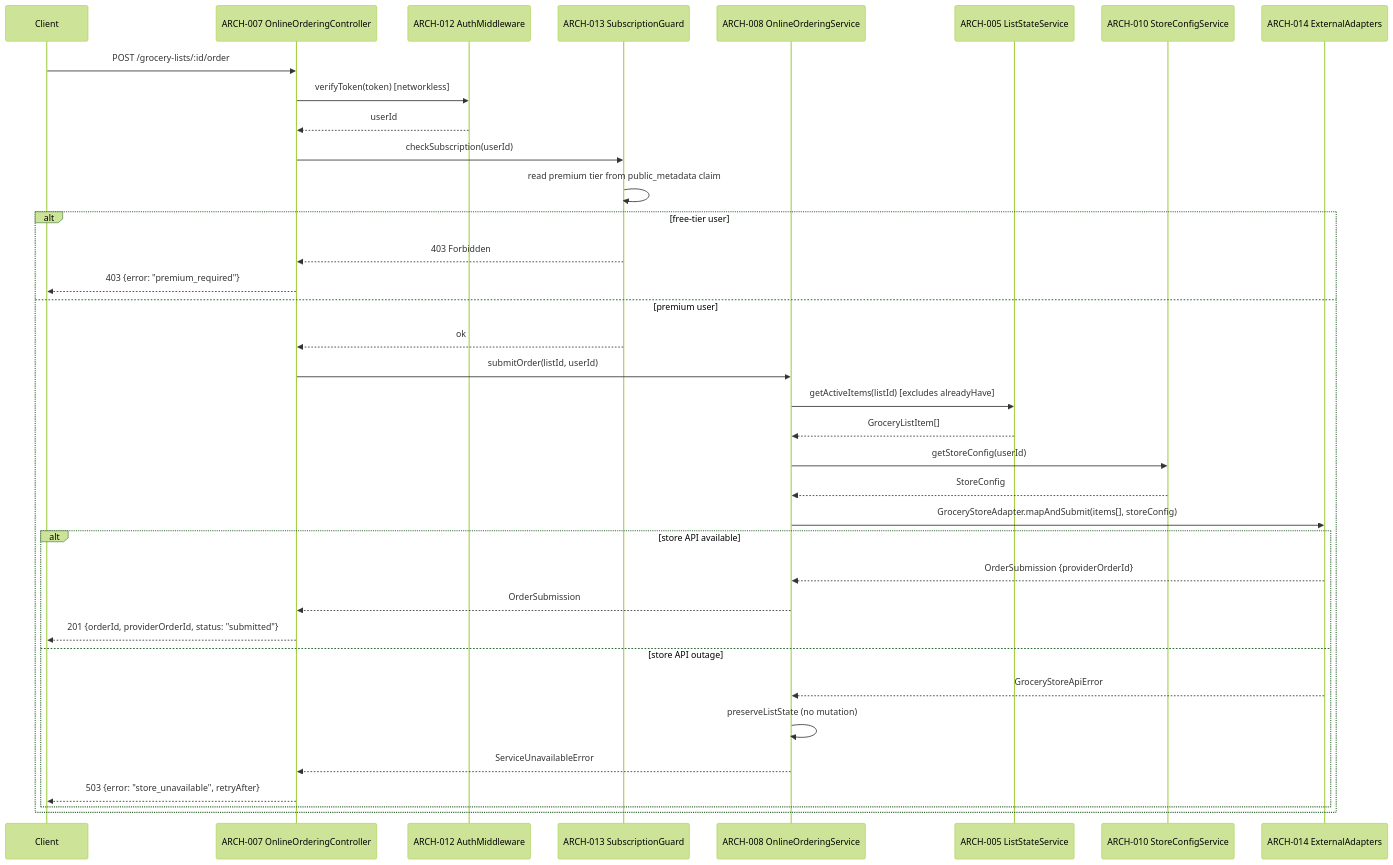
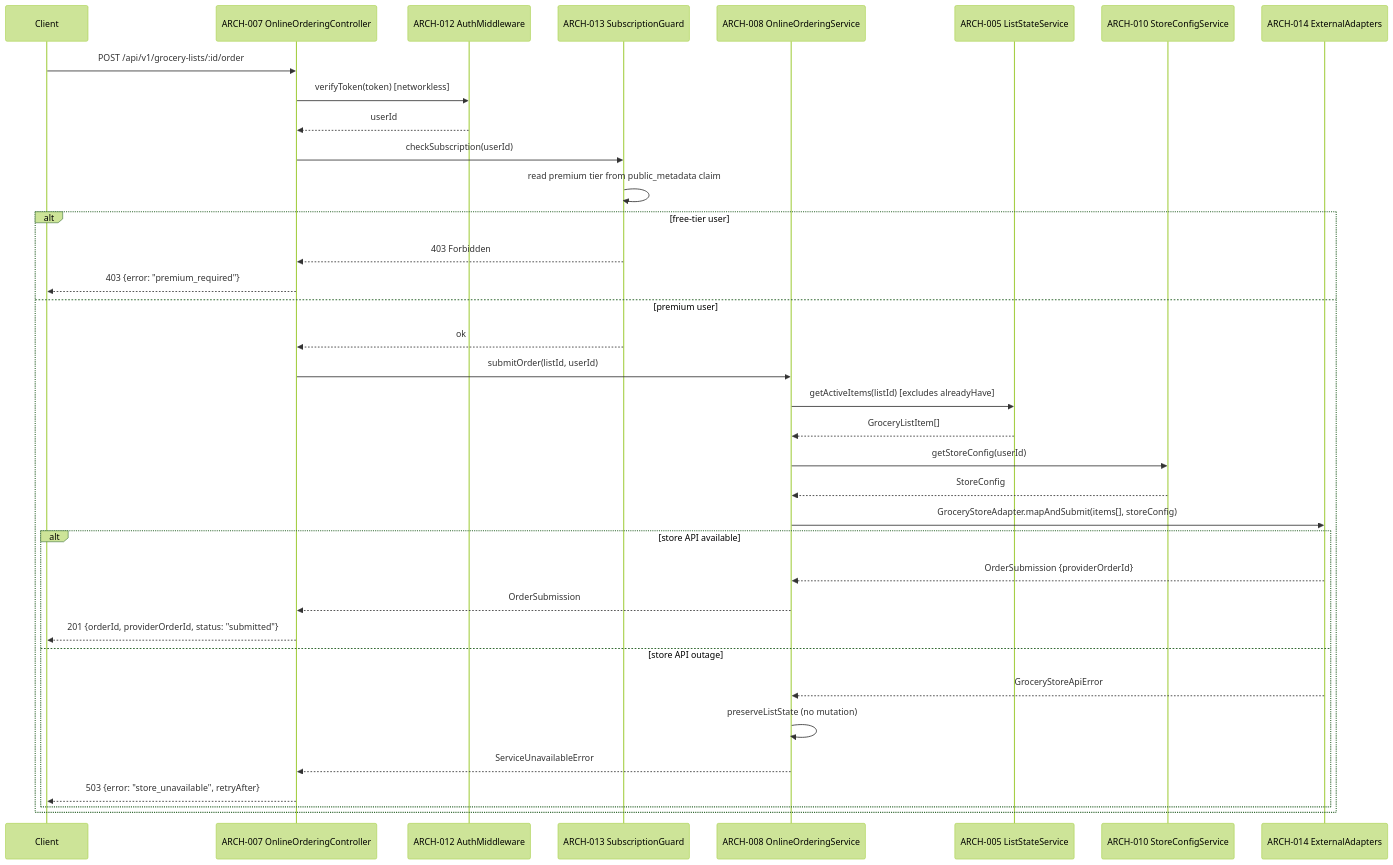
Before and after one commit to radicle-co/KitchenSink: the third of 3 diagrams in specs/007-grocery-lists/v-model/architecture-design.md, drawn with Mermaid (forest theme). The commit also changed other lines of this file and 98 other files, not shown here.

````diff
--- a/specs/007-grocery-lists/v-model/architecture-design.md
+++ b/specs/007-grocery-lists/v-model/architecture-design.md
@@ -106,39 +106,39 @@
 ```mermaid
 sequenceDiagram
     participant Client
     participant C7 as ARCH-007 OnlineOrderingController
     participant G12 as ARCH-012 AuthMiddleware
     participant G13 as ARCH-013 SubscriptionGuard
     participant S8 as ARCH-008 OnlineOrderingService
     participant S5 as ARCH-005 ListStateService
     participant S10 as ARCH-010 StoreConfigService
     participant E14 as ARCH-014 ExternalAdapters
 
-    Client->>C7: POST /grocery-lists/:id/order
+    Client->>C7: POST /api/v1/grocery-lists/:id/order
     C7->>G12: verifyToken(token) [networkless]
     G12-->>C7: userId
     C7->>G13: checkSubscription(userId)
     G13->>G13: read premium tier from public_metadata claim
     alt free-tier user
         G13-->>C7: 403 Forbidden
         C7-->>Client: 403 {error: "premium_required"}
     else premium user
         G13-->>C7: ok
         C7->>S8: submitOrder(listId, userId)
         S8->>S5: getActiveItems(listId) [excludes alreadyHave]
         S5-->>S8: GroceryListItem[]
         S8->>S10: getStoreConfig(userId)
         S10-->>S8: StoreConfig
         S8->>E14: GroceryStoreAdapter.mapAndSubmit(items[], storeConfig)
         alt store API available
             E14-->>S8: OrderSubmission {providerOrderId}
             S8-->>C7: OrderSubmission
             C7-->>Client: 201 {orderId, providerOrderId, status: "submitted"}
         else store API outage
             E14-->>S8: GroceryStoreApiError
             S8->>S8: preserveListState (no mutation)
             S8-->>C7: ServiceUnavailableError
             C7-->>Client: 503 {error: "store_unavailable", retryAfter}
         end
     end
 ```
````
